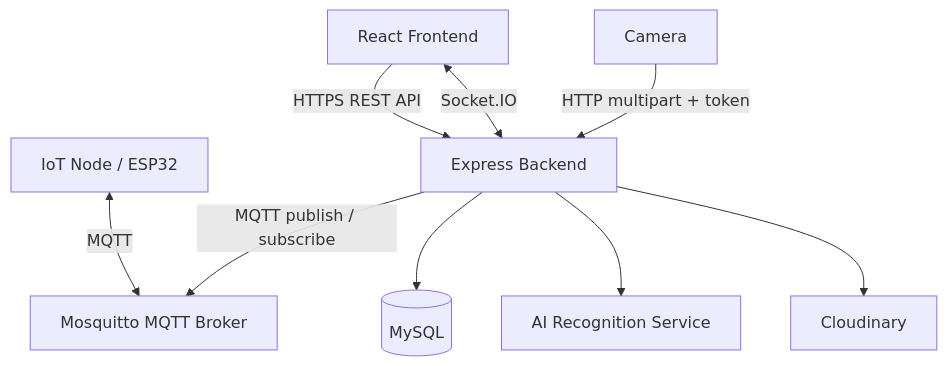
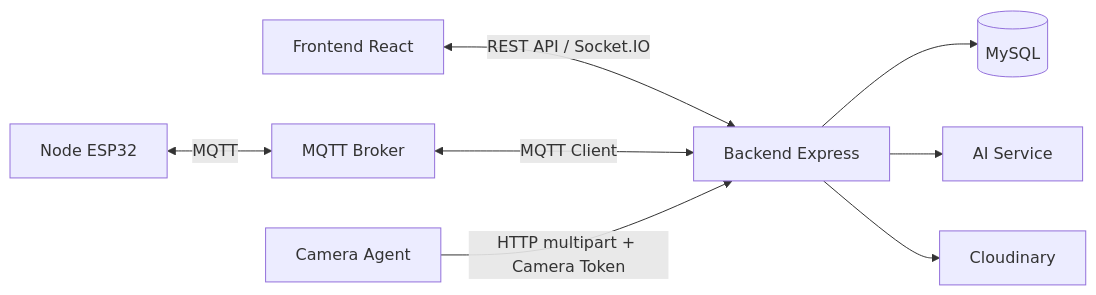
Before and after one commit to vuthanhloc1725/IOT: the first of 2 diagrams in docs/server-design.md, drawn with Mermaid. The commit also changed other lines of this file and 18 other files, not shown here.

````diff
--- a/docs/server-design.md
+++ b/docs/server-design.md
@@ -21,11 +21,10 @@
 ```mermaid
-flowchart TD
-    FE[React Frontend] -->|HTTPS REST API| API[Express Backend]
-    FE <-->|Socket.IO| API
-    NODE[IoT Node / ESP32] <-->|MQTT| BROKER[Mosquitto MQTT Broker]
-    CAMERA[Camera] -->|HTTP multipart + token| API
-    API -->|MQTT publish / subscribe| BROKER
-    API --> DB[(MySQL)]
-    API --> AI[AI Recognition Service]
-    API --> CLOUD[Cloudinary]
+flowchart LR
+    FE[Frontend React] <-->|REST API / Socket.IO| BE[Backend Express]
+    ESP[Node ESP32] <-->|MQTT| MQ[MQTT Broker]
+    MQ <-->|MQTT Client| BE
+    CAM[Camera Agent] -->|HTTP multipart + Camera Token| BE
+    BE --> DB[(MySQL)]
+    BE --> AI[AI Service]
+    BE --> CL[Cloudinary]
 ```
````
